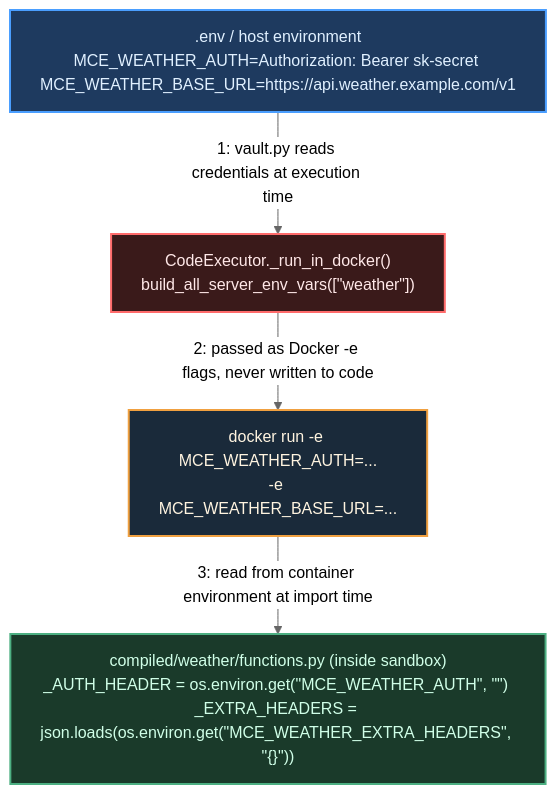
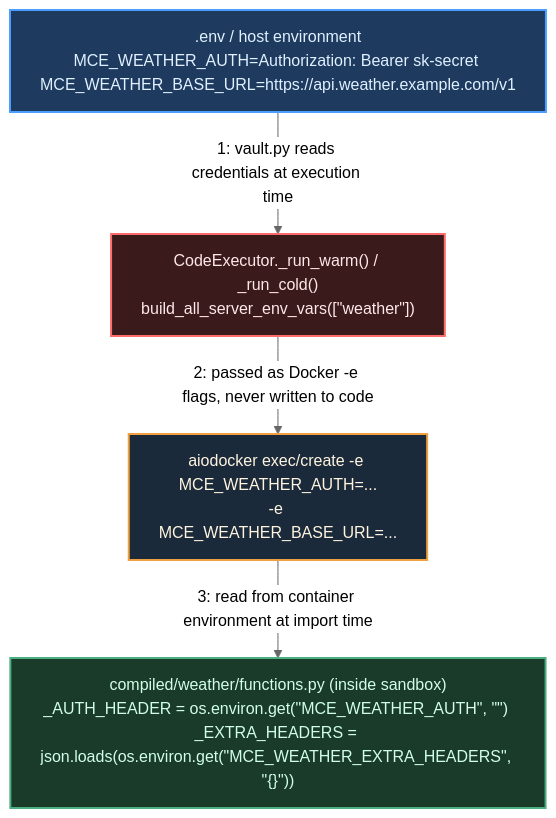
Before and after one commit to hypen-code/mcp-code-execution: the second of 2 diagrams in README.md, drawn with Mermaid (neutral theme). The commit also changed other lines of this file and 14 other files, not shown here.

Commit message:
feat: Implement warm and cold sandbox execution modes with configurable container pooling for `CodeExecutor`.

````diff
--- a/README.md
+++ b/README.md
@@ -461,16 +519,16 @@
 ```mermaid
 flowchart TD
     classDef envNode    fill:#1e3a5f,stroke:#4a9eff,stroke-width:2px,color:#e0f0ff
     classDef vaultNode  fill:#3a1a1a,stroke:#ff6b6b,stroke-width:2px,color:#ffe8e8
     classDef dockerNode fill:#1a2a3a,stroke:#f0a040,stroke-width:2px,color:#fff4e0
     classDef sandboxNode fill:#1a3a2a,stroke:#4caf82,stroke-width:2px,color:#d0ffe8
 
     ENV[".env / host environment\nMCE_WEATHER_AUTH=Authorization: Bearer sk-secret MCE_WEATHER_BASE_URL=https://api.weather.example.com/v1"]:::envNode
-    VAULT["CodeExecutor._run_in_docker()\nbuild_all_server_env_vars([&quot;weather&quot;])"]:::vaultNode
-    DOCKER["docker run -e MCE_WEATHER_AUTH=...\n-e MCE_WEATHER_BASE_URL=..."]:::dockerNode
+    VAULT["CodeExecutor._run_warm() / _run_cold()\nbuild_all_server_env_vars([&quot;weather&quot;])"]:::vaultNode
+    DOCKER["aiodocker exec/create -e MCE_WEATHER_AUTH=...\n-e MCE_WEATHER_BASE_URL=..."]:::dockerNode
     SANDBOX["compiled/weather/functions.py (inside sandbox)\n_AUTH_HEADER = os.environ.get(&quot;MCE_WEATHER_AUTH&quot;, &quot;&quot;) _EXTRA_HEADERS = json.loads(os.environ.get(&quot;MCE_WEATHER_EXTRA_HEADERS&quot;, &quot;{}&quot;))"]:::sandboxNode
 
     ENV    -->|"1: vault.py reads credentials at execution time"| VAULT
     VAULT  -->|"2: passed as Docker -e flags, never written to code"| DOCKER
     DOCKER -->|"3: read from container environment at import time"| SANDBOX
 ```
````
